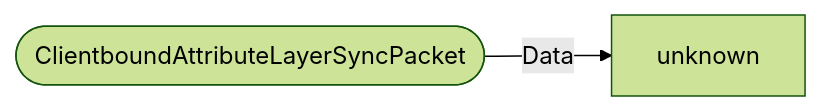
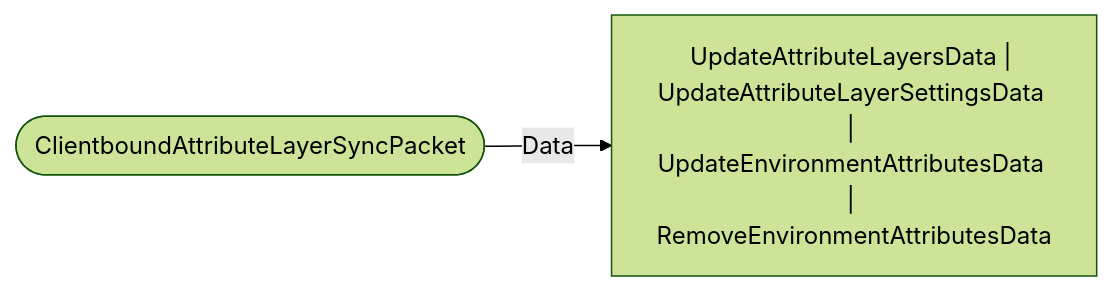
The diagram in schemas/packets/ClientboundAttributeLayerSyncPacket.md (bedrock-v/protocol-docs), drawn with Mermaid (forest theme) before and after one commit. The commit also changed 114 other files, not shown here.

````diff
--- a/schemas/packets/ClientboundAttributeLayerSyncPacket.md
+++ b/schemas/packets/ClientboundAttributeLayerSyncPacket.md
@@ -7,5 +7,5 @@
 ```mermaid
 flowchart LR
   ROOT(["ClientboundAttributeLayerSyncPacket"])
-  ROOT -->|"Data"| unknown["unknown"]
+  ROOT -->|"Data"| UpdateAttributeLayersData___UpdateAttributeLayerSettingsData___UpdateEnvironmentAttributesData___RemoveEnvironmentAttributesData["UpdateAttributeLayersData | UpdateAttributeLayerSettingsData | UpdateEnvironmentAttributesData | RemoveEnvironmentAttributesData"]
 ```
````
